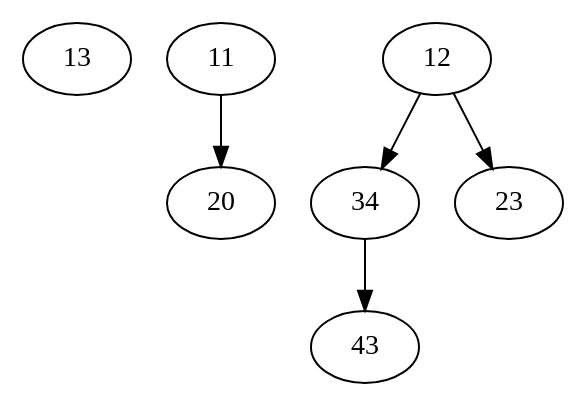
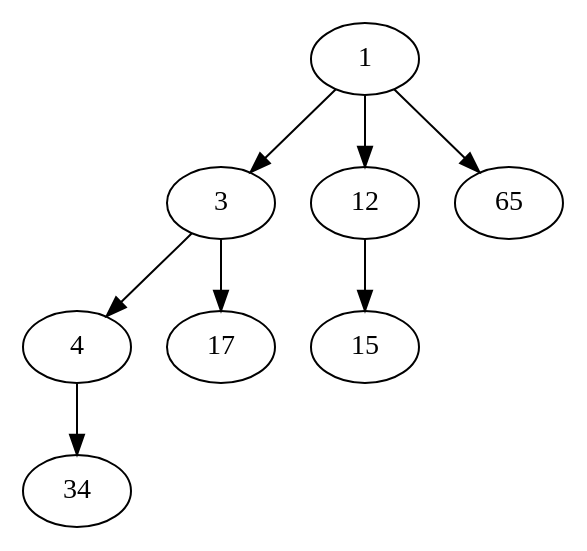
Before and after one commit to ChrisChV/Semestre4: the diagram in AED CHRISTIAN/Binomial Heap/BinomialHeap/Chris_Heap.dot, drawn with Graphviz. The commit also changed 34 other files, not shown here.

```diff
--- a/AED CHRISTIAN/Binomial Heap/BinomialHeap/Chris_Heap.dot
+++ b/AED CHRISTIAN/Binomial Heap/BinomialHeap/Chris_Heap.dot
@@ -1,7 +1,9 @@
 digraph{
-13
-11->20
-12->34
-12->23
-34->43
+1->3
+1->12
+1->65
+12->15
+3->4
+3->17
+4->34
 }
```
